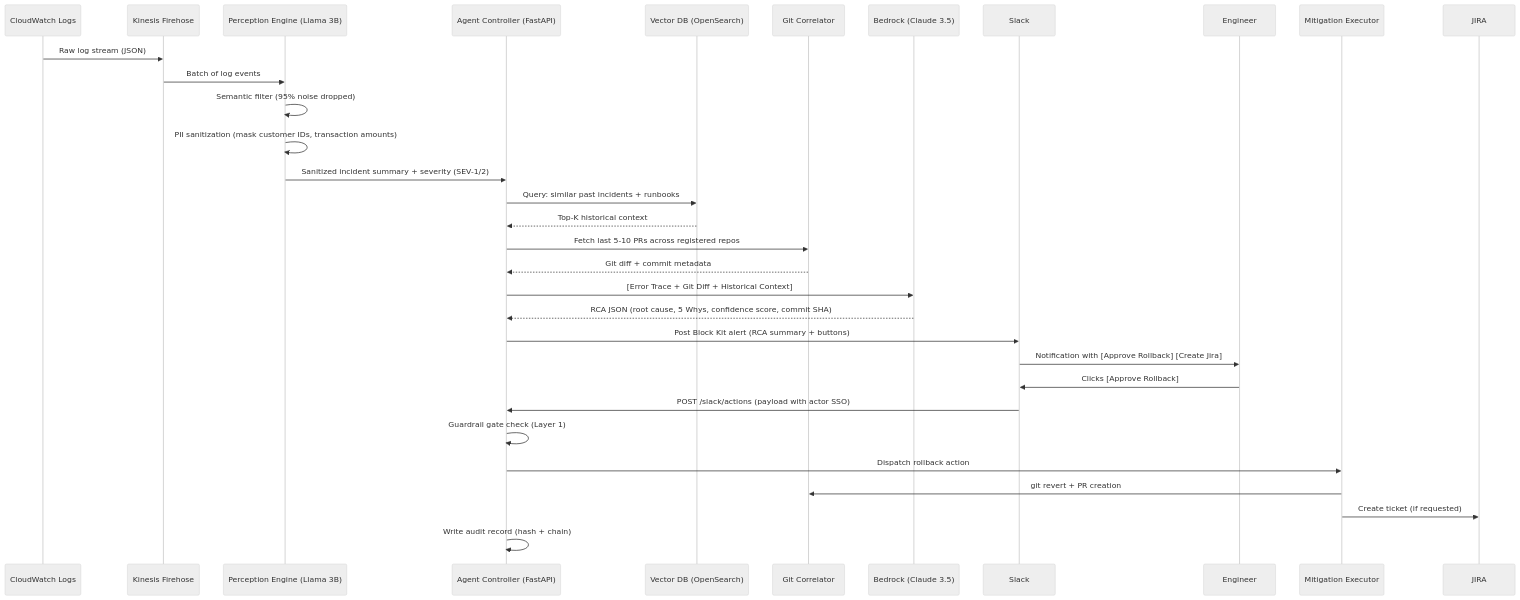
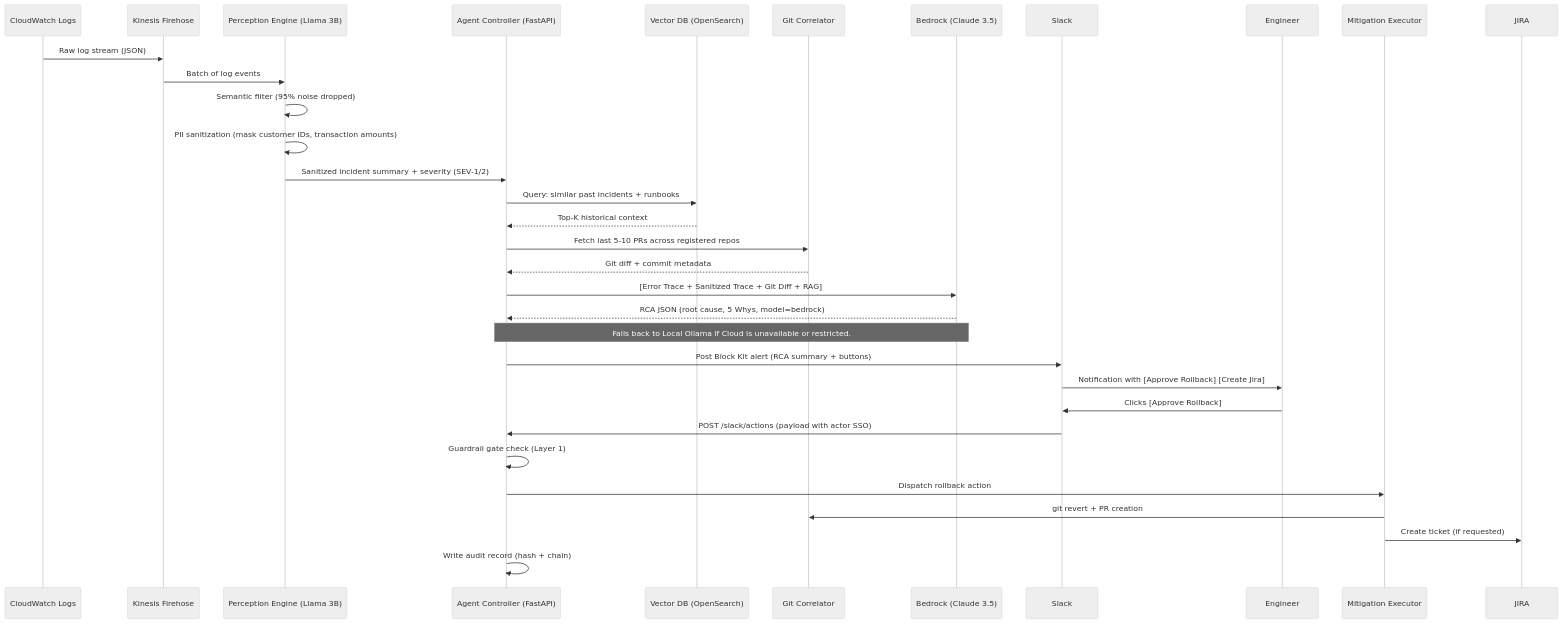
The second of 7 diagrams in sentinel_ops_tech_spec.md (man3r/sentinel-ops), drawn with Mermaid (neutral theme) before and after one commit. The commit also changed other lines of this file and 2 other files, not shown here.

Commit message:
docs: formalize sovereign AI reasoning (Ollama) in PRD, TSD, and phase plan

````diff
--- a/sentinel_ops_tech_spec.md
+++ b/sentinel_ops_tech_spec.md
@@ -126,41 +127,42 @@
 ```mermaid
 sequenceDiagram
     participant CW as CloudWatch Logs
     participant KF as Kinesis Firehose
     participant PE as Perception Engine (Llama 3B)
     participant AC as Agent Controller (FastAPI)
     participant VDB as Vector DB (OpenSearch)
     participant GIT as Git Correlator
     participant BED as Bedrock (Claude 3.5)
     participant SLACK as Slack
     participant ENG as Engineer
     participant EXEC as Mitigation Executor
 
     CW->>KF: Raw log stream (JSON)
     KF->>PE: Batch of log events
     PE->>PE: Semantic filter (95% noise dropped)
     PE->>PE: PII sanitization (mask customer IDs, transaction amounts)
     PE->>AC: Sanitized incident summary + severity (SEV-1/2)
 
     AC->>VDB: Query: similar past incidents + runbooks
     VDB-->>AC: Top-K historical context
 
     AC->>GIT: Fetch last 5-10 PRs across registered repos
     GIT-->>AC: Git diff + commit metadata
 
-    AC->>BED: [Error Trace + Git Diff + Historical Context]
-    BED-->>AC: RCA JSON (root cause, 5 Whys, confidence score, commit SHA)
+    AC->>BED: [Error Trace + Sanitized Trace + Git Diff + RAG]
+    BED-->>AC: RCA JSON (root cause, 5 Whys, model=bedrock)
+    Note over AC,BED: Falls back to Local Ollama if Cloud is unavailable or restricted.
 
     AC->>SLACK: Post Block Kit alert (RCA summary + buttons)
     SLACK->>ENG: Notification with [Approve Rollback] [Create Jira]
 
     ENG->>SLACK: Clicks [Approve Rollback]
     SLACK->>AC: POST /slack/actions (payload with actor SSO)
 
     AC->>AC: Guardrail gate check (Layer 1)
     AC->>EXEC: Dispatch rollback action
     EXEC->>GIT: git revert + PR creation
     EXEC->>JIRA: Create ticket (if requested)
 
     AC->>AC: Write audit record (hash + chain)
 ```
````
